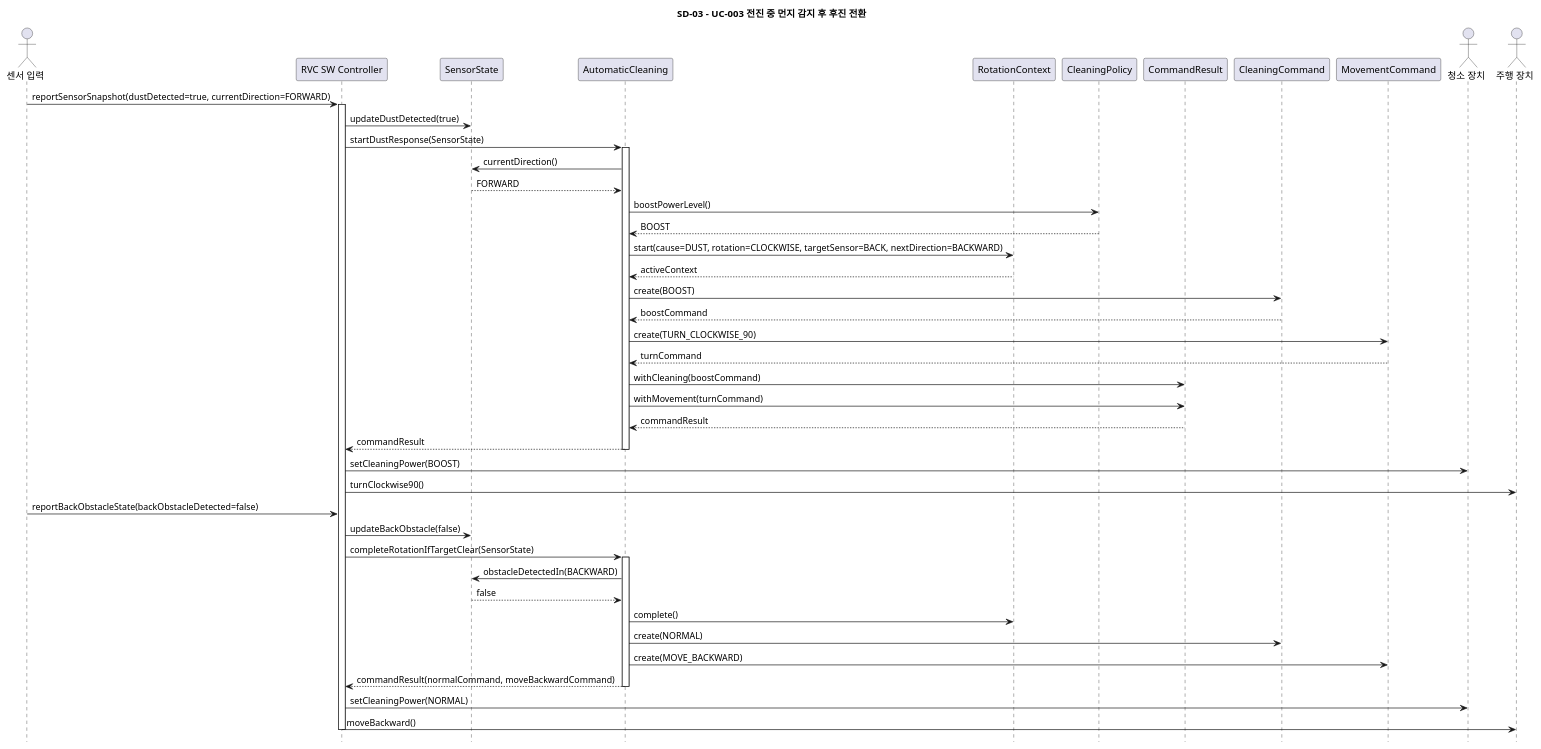
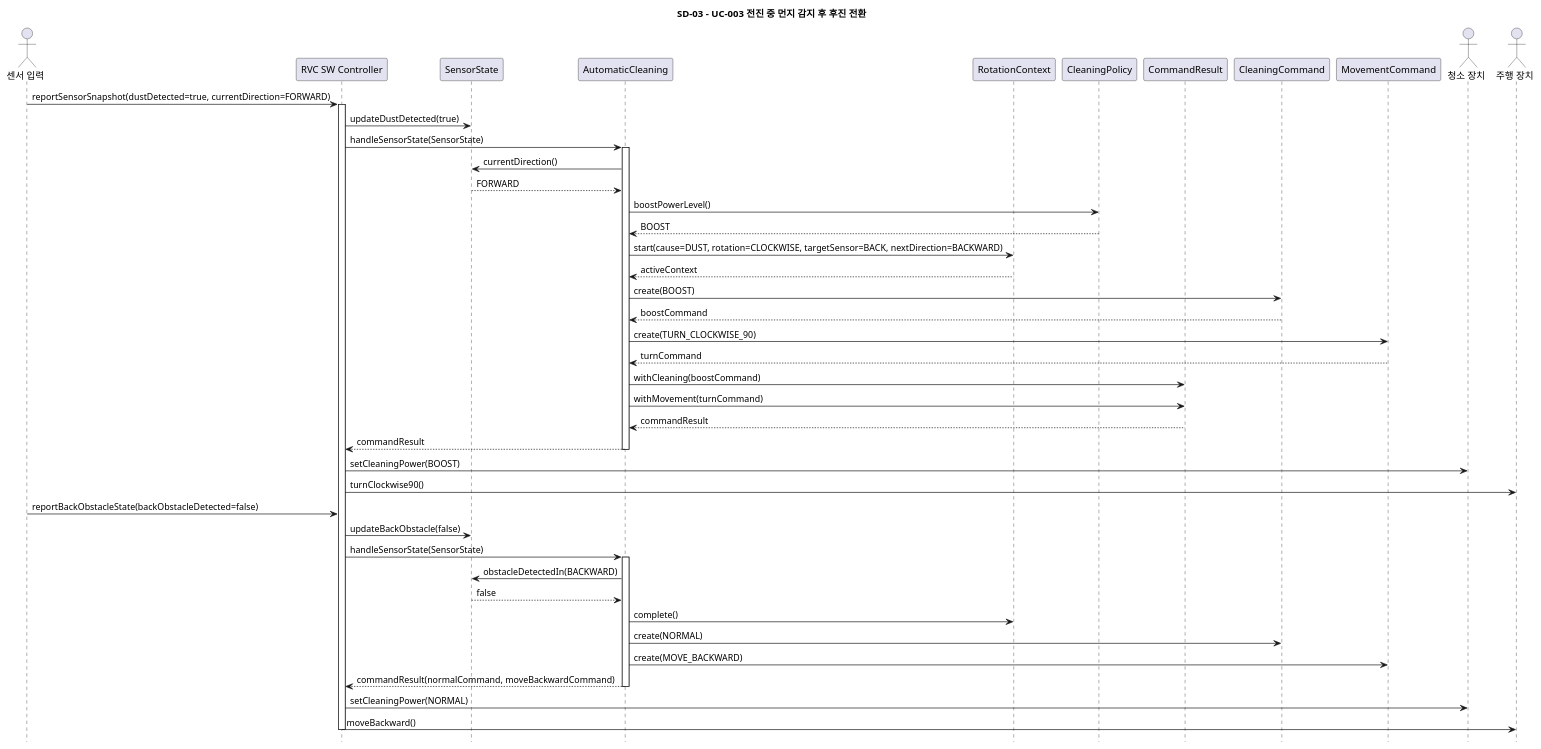
One commit to OOAD-Team3/Robot-Vacuum-Cleaner-AI changed the diagram in docs/sd/SD-03.puml. Above: the diagram before and after it, drawn with PlantUML. The commit also changed 33 other files, not shown here.

```diff
--- a/docs/sd/SD-03.puml
+++ b/docs/sd/SD-03.puml
@@ -5,56 +5,56 @@
 @startuml SD_03_UC003_Forward_Dust_To_Backward
 hide footbox
 title SD-03 - UC-003 전진 중 먼지 감지 후 후진 전환
 
 actor "센서 입력" as Sensor
 participant "RVC SW Controller" as Controller
 participant "SensorState" as SensorState
 participant "AutomaticCleaning" as Cleaning
 participant "RotationContext" as RotationContext
 participant "CleaningPolicy" as Policy
 participant "CommandResult" as CommandResult
 participant "CleaningCommand" as CleaningCommand
 participant "MovementCommand" as MovementCommand
 actor "청소 장치" as Cleaner
 actor "주행 장치" as Drive
 
 Sensor -> Controller: reportSensorSnapshot(dustDetected=true, currentDirection=FORWARD)
 activate Controller
 Controller -> SensorState: updateDustDetected(true)
-Controller -> Cleaning: startDustResponse(SensorState)
+Controller -> Cleaning: handleSensorState(SensorState)
 activate Cleaning
 Cleaning -> SensorState: currentDirection()
 SensorState --> Cleaning: FORWARD
 Cleaning -> Policy: boostPowerLevel()
 Policy --> Cleaning: BOOST
 Cleaning -> RotationContext: start(cause=DUST, rotation=CLOCKWISE, targetSensor=BACK, nextDirection=BACKWARD)
 RotationContext --> Cleaning: activeContext
 Cleaning -> CleaningCommand: create(BOOST)
 CleaningCommand --> Cleaning: boostCommand
 Cleaning -> MovementCommand: create(TURN_CLOCKWISE_90)
 MovementCommand --> Cleaning: turnCommand
 Cleaning -> CommandResult: withCleaning(boostCommand)
 Cleaning -> CommandResult: withMovement(turnCommand)
 CommandResult --> Cleaning: commandResult
 Cleaning --> Controller: commandResult
 deactivate Cleaning
 
 Controller -> Cleaner: setCleaningPower(BOOST)
 Controller -> Drive: turnClockwise90()
 
 Sensor -> Controller: reportBackObstacleState(backObstacleDetected=false)
 Controller -> SensorState: updateBackObstacle(false)
-Controller -> Cleaning: completeRotationIfTargetClear(SensorState)
+Controller -> Cleaning: handleSensorState(SensorState)
 activate Cleaning
 Cleaning -> SensorState: obstacleDetectedIn(BACKWARD)
 SensorState --> Cleaning: false
 Cleaning -> RotationContext: complete()
 Cleaning -> CleaningCommand: create(NORMAL)
 Cleaning -> MovementCommand: create(MOVE_BACKWARD)
 Cleaning --> Controller: commandResult(normalCommand, moveBackwardCommand)
 deactivate Cleaning
 
 Controller -> Cleaner: setCleaningPower(NORMAL)
 Controller -> Drive: moveBackward()
 deactivate Controller
 @enduml
```
